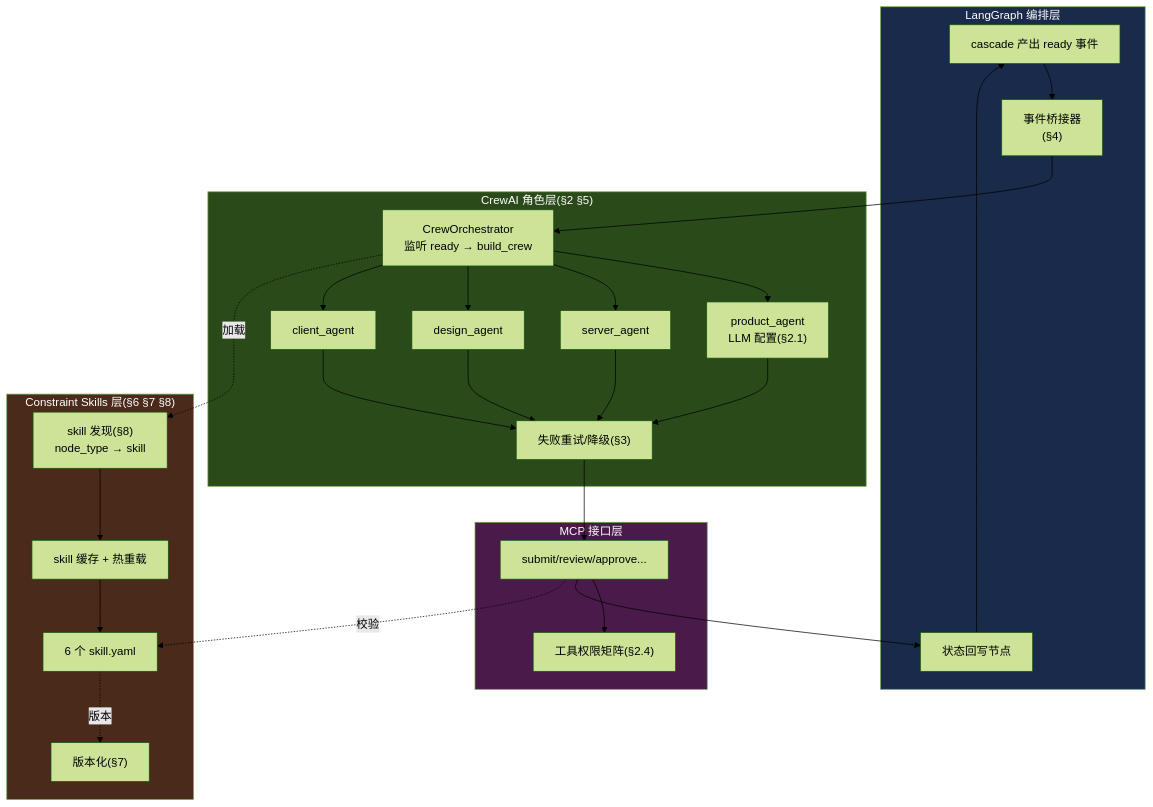
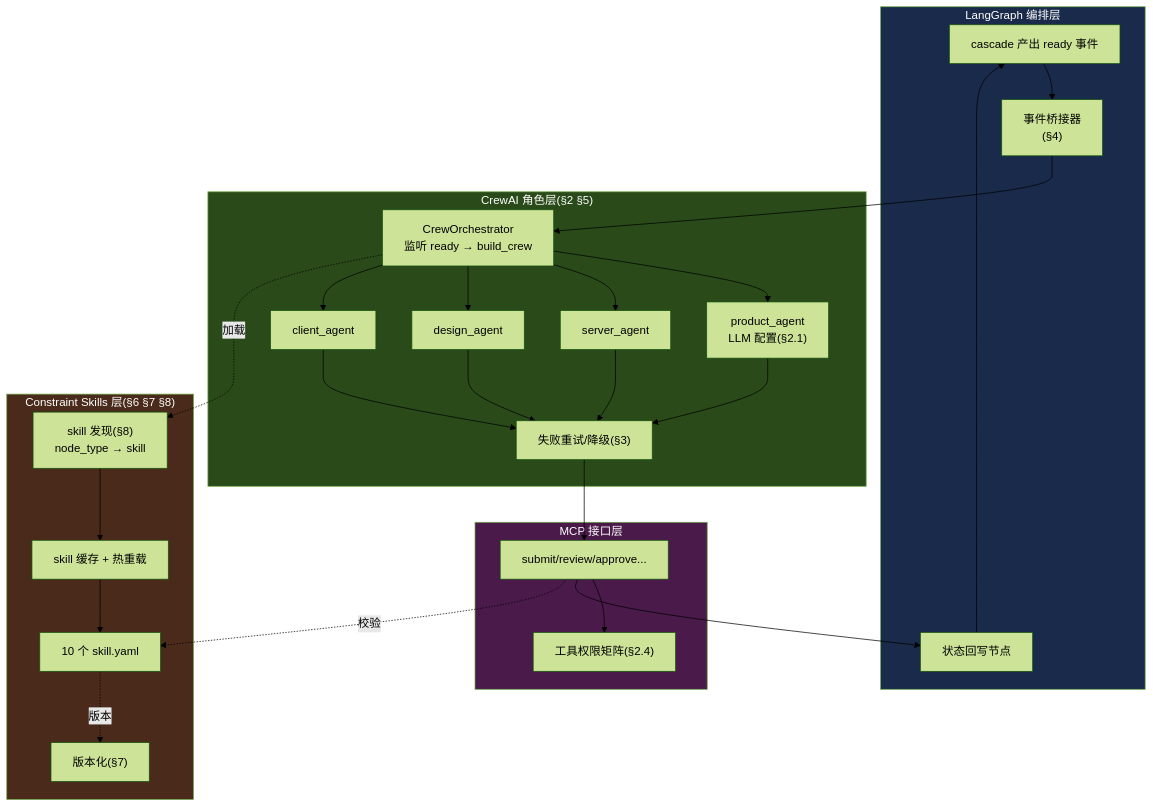
Before and after one commit to s-charvin/ai-delivery-kit: the first of 5 diagrams in docs/prd/deep-dive/fr3-fr5-crew-skills.md, drawn with Mermaid (forest theme). The commit also changed other lines of this file and 4 other files, not shown here.

````diff
--- a/docs/prd/deep-dive/fr3-fr5-crew-skills.md
+++ b/docs/prd/deep-dive/fr3-fr5-crew-skills.md
@@ -32,49 +45,49 @@
 ```mermaid
 graph TB
     subgraph LG["LangGraph 编排层"]
         READY["cascade 产出 ready 事件"]
         BRIDGE["事件桥接器<br/>(§4)"]
         WRITEBACK["状态回写节点"]
     end
 
     subgraph CREW["CrewAI 角色层(§2 §5)"]
         ORCH["CrewOrchestrator<br/>监听 ready → build_crew"]
         PA["product_agent<br/>LLM 配置(§2.1)"]
         SA["server_agent"]
         DA["design_agent"]
         CA["client_agent"]
         RETRY["失败重试/降级(§3)"]
     end
 
     subgraph SKILLS["Constraint Skills 层(§6 §7 §8)"]
         DISC["skill 发现(§8)<br/>node_type → skill"]
         CACHE["skill 缓存 + 热重载"]
         VER["版本化(§7)"]
-        S1["6 个 skill.yaml"]
+        S1["10 个 skill.yaml"]
     end
 
     subgraph MCP["MCP 接口层"]
         TOOLS["submit/review/approve..."]
         PERM["工具权限矩阵(§2.4)"]
     end
 
     READY --> BRIDGE
     BRIDGE --> ORCH
     ORCH --> PA & SA & DA & CA
     PA & SA & DA & CA --> RETRY
     RETRY --> TOOLS
     TOOLS --> PERM
     TOOLS --> WRITEBACK
     WRITEBACK --> READY
 
     ORCH -.加载.-> DISC
     DISC --> CACHE
     CACHE --> S1
     S1 -.版本.-> VER
     TOOLS -.校验.-> S1
 
     style LG fill:#1a2a4a,color:#fff
     style CREW fill:#2a4a1a,color:#fff
     style SKILLS fill:#4a2a1a,color:#fff
     style MCP fill:#4a1a4a,color:#fff
 ```
````
